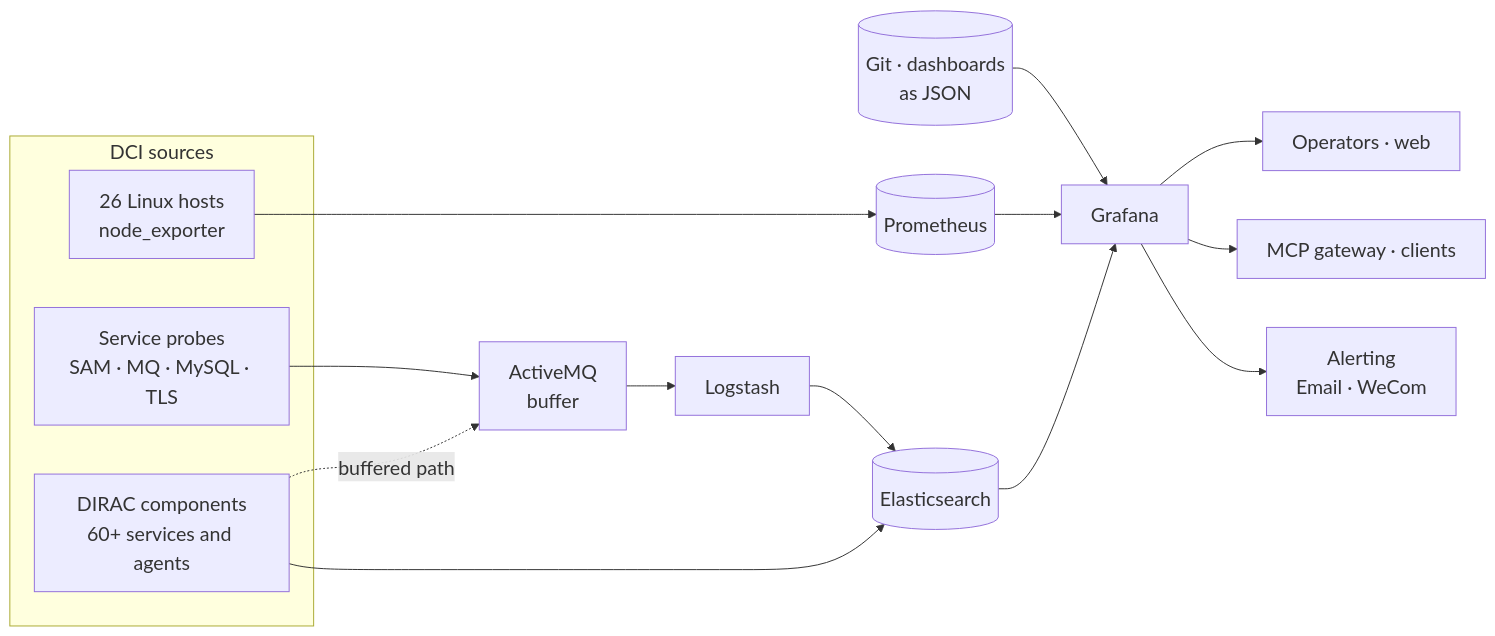
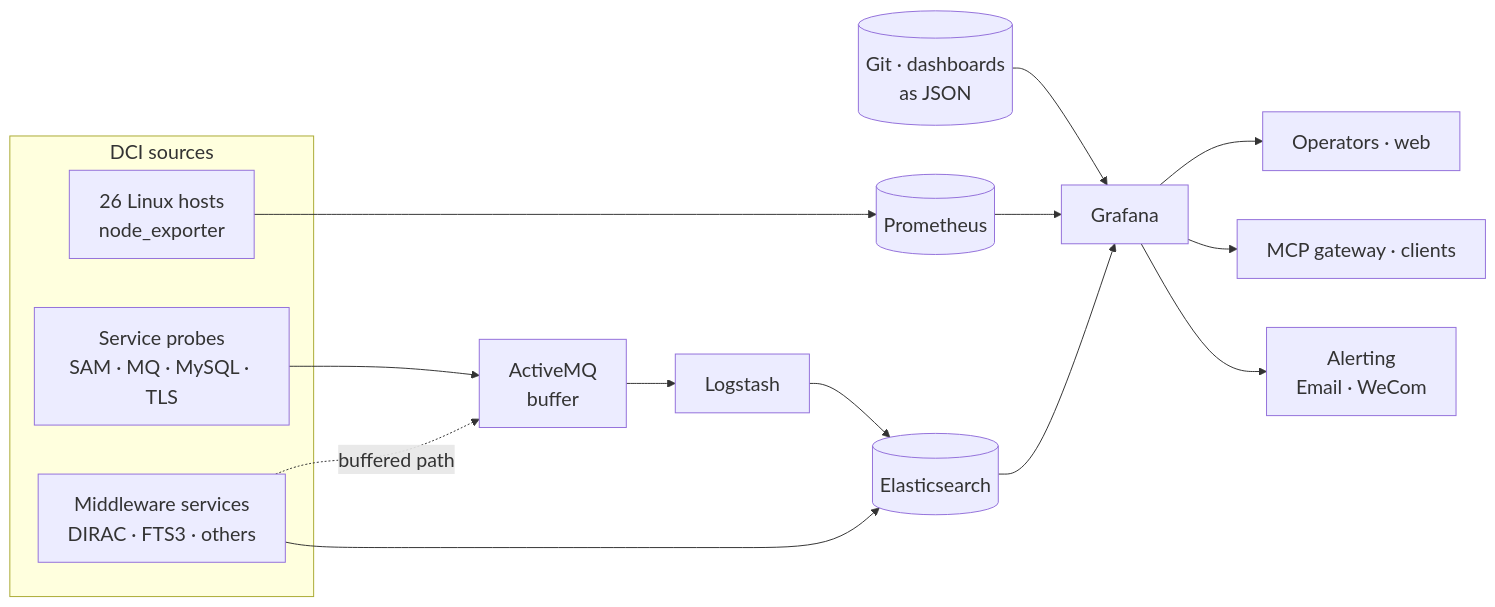
Before and after one commit to hanx-hep/2026-cepc-dci: the first of 5 diagrams in slides.md, drawn with Mermaid. The commit also changed other lines of this file and 1 other file, not shown here.

````diff
--- a/slides.md
+++ b/slides.md
@@ -84,21 +72,21 @@
 ```mermaid {scale: 0.52}
 %%{init: {"themeVariables": {"fontSize": "20px"}}}%%
 flowchart LR
     subgraph S[DCI sources]
         H[26 Linux hosts<br/>node_exporter]
         P[Service probes<br/>SAM · MQ · MySQL · TLS]
-        L[DIRAC components<br/>60+ services and agents]
+        L[Middleware services<br/>DIRAC · FTS3 · others]
     end
 
     H --> PR[(Prometheus)]
     P --> MQ[ActiveMQ<br/>buffer] --> LS[Logstash] --> ES[(Elasticsearch)]
     L --> ES
     L -. buffered path .-> MQ
 
     GIT[(Git · dashboards<br/>as JSON)] --> G[Grafana]
     PR --> G
     ES --> G
     G --> O[Operators · web]
     G --> A[MCP gateway · clients]
     G --> N[Alerting<br/>Email · WeCom]
 ```
````
